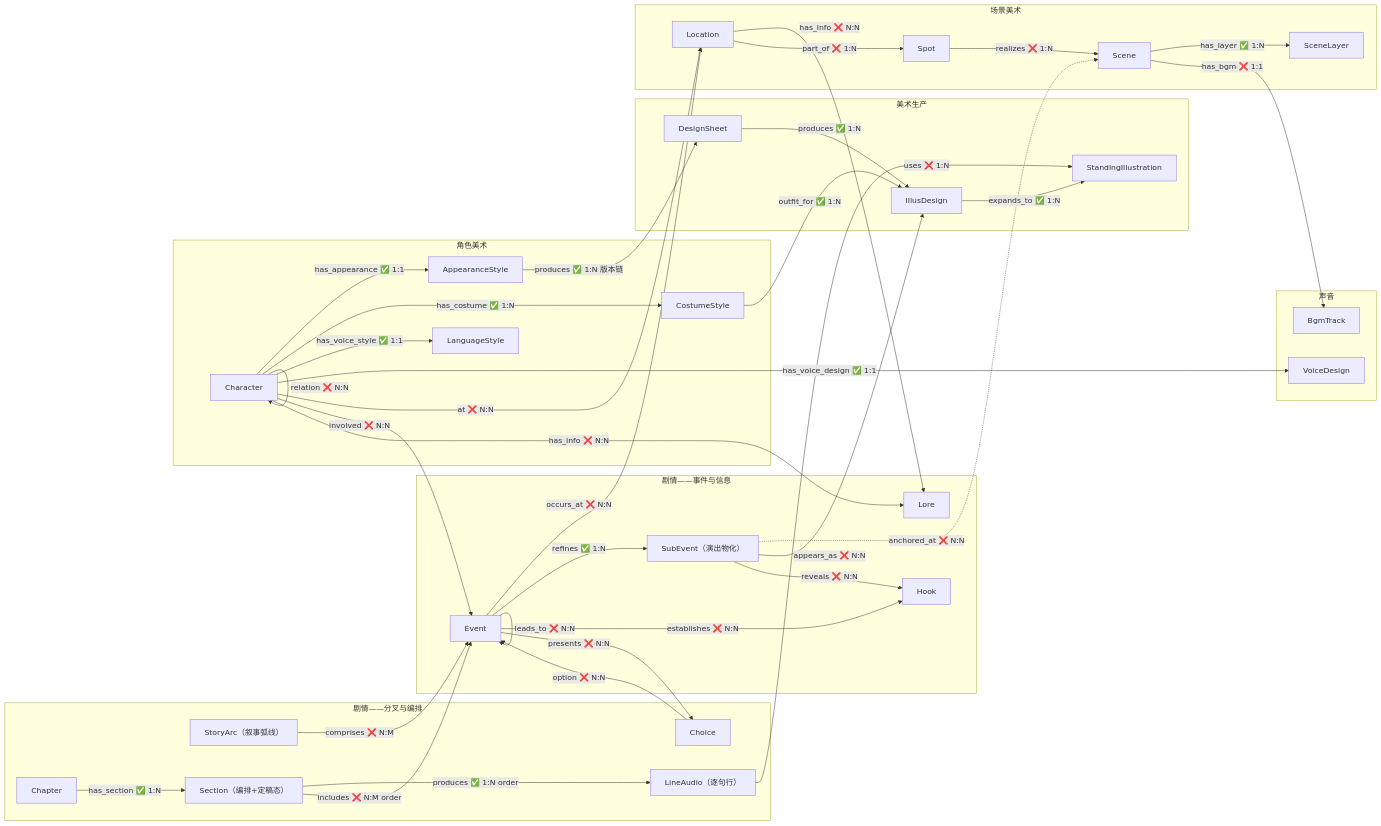
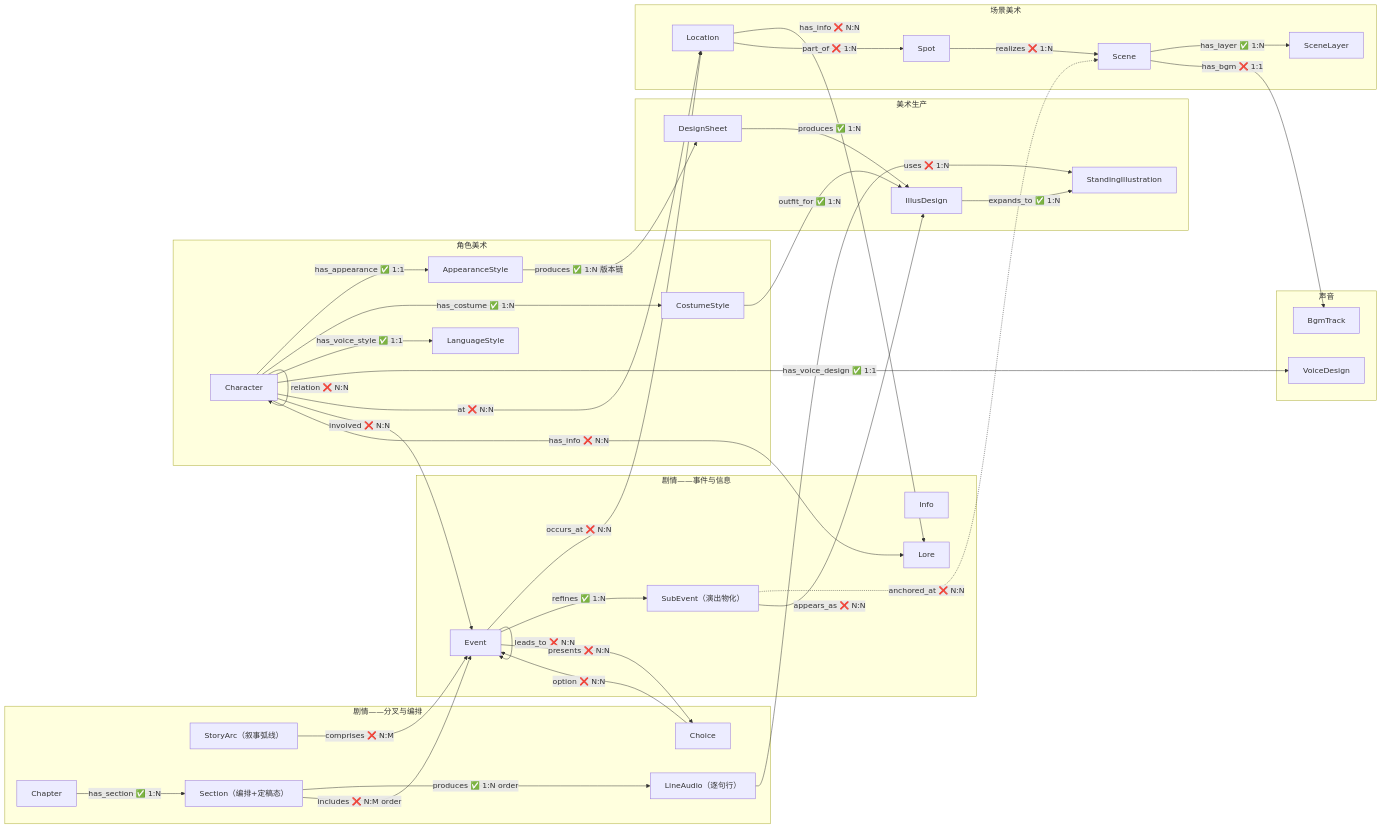
Before and after one commit to CrazyJinn/ProxyLove: the first of 5 diagrams in 00_init/Schema总览.md, drawn with Mermaid. The commit also changed other lines of this file and 31 other files, not shown here.

First line of the commit message:
refactor(schema): 认知/时空模型改造——Hook 回归 Info + knows 知晓轴（Event─knows→Info）+ Event 区间化 + relation/at 时间必填哨兵

````diff
--- a/00_init/Schema总览.md
+++ b/00_init/Schema总览.md
@@ -113,74 +112,72 @@
 ```mermaid
 flowchart LR
     subgraph 剧情_事件["剧情——事件与信息"]
         Event["Event"]
         SubEvent["SubEvent（演出物化）"]
-        Hook["Hook"]
+        Info["Info"]
         Lore["Lore"]
     end
 
     subgraph 剧情_编排["剧情——分叉与编排"]
         Choice["Choice"]
         StoryArc["StoryArc（叙事弧线）"]
         Chapter["Chapter"]
         Section["Section（编排+定稿态）"]
         LineAudio["LineAudio（逐句行）"]
     end
 
     subgraph 角色美术["角色美术"]
         Character["Character"]
         Appearance["AppearanceStyle"]
         Costume["CostumeStyle"]
         Language["LanguageStyle"]
     end
 
     subgraph 美术生产["美术生产"]
         DesignSheet["DesignSheet"]
         IllusDesign["IllusDesign"]
         StandingIllus["StandingIllustration"]
     end
 
     subgraph 场景美术["场景美术"]
         Location["Location"]
         Spot["Spot"]
         Scene["Scene"]
         SceneLayer["SceneLayer"]
     end
 
     subgraph 声音["声音"]
         Voice["VoiceDesign"]
         BgmTrack["BgmTrack"]
     end
 
     Character -->|"has_appearance ✅ 1:1"| Appearance
     Character -->|"has_costume ✅ 1:N"| Costume
     Character -->|"has_voice_style ✅ 1:1"| Language
     Character -->|"has_voice_design ✅ 1:1"| Voice
     Character -->|"relation ❌ N:N"| Character
     Character -->|"at ❌ N:N"| Location
     Character -->|"involved ❌ N:N"| Event
     Character -->|"has_info ❌ N:N"| Lore
     Location -->|"has_info ❌ N:N"| Lore
     Appearance -->|"produces ✅ 1:N 版本链"| DesignSheet
     Costume -->|"outfit_for ✅ 1:N"| IllusDesign
     DesignSheet -->|"produces ✅ 1:N"| IllusDesign
     Event -->|"occurs_at ❌ N:N"| Location
     Event -->|"refines ✅ 1:N"| SubEvent
     SubEvent -.->|"anchored_at ❌ N:N"| Scene
     SubEvent -->|"appears_as ❌ N:N"| IllusDesign
     Event -->|"leads_to ❌ N:N"| Event
-    Event -->|"establishes ❌ N:N"| Hook
-    SubEvent -->|"reveals ❌ N:N"| Hook
     Event -->|"presents ❌ N:N"| Choice
     Choice -->|"option ❌ N:N"| Event
     StoryArc -->|"comprises ❌ N:M"| Event
     IllusDesign -->|"expands_to ✅ 1:N"| StandingIllus
     Location -->|"part_of ❌ 1:N"| Spot
     Spot -->|"realizes ❌ 1:N"| Scene
     Scene -->|"has_layer ✅ 1:N"| SceneLayer
     Chapter -->|"has_section ✅ 1:N"| Section
     Section -->|"produces ✅ 1:N order"| LineAudio
     Section -->|"includes ❌ N:M order"| Event
     LineAudio -->|"uses ❌ 1:N"| StandingIllus
     Scene -->|"has_bgm ❌ 1:1"| BgmTrack
 ```
````
